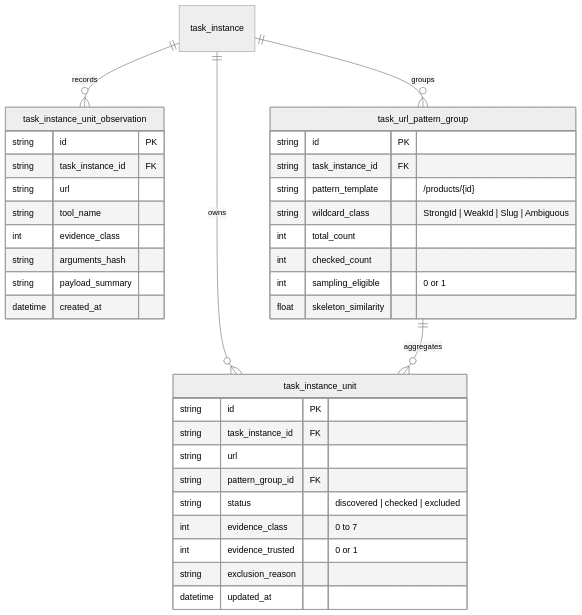
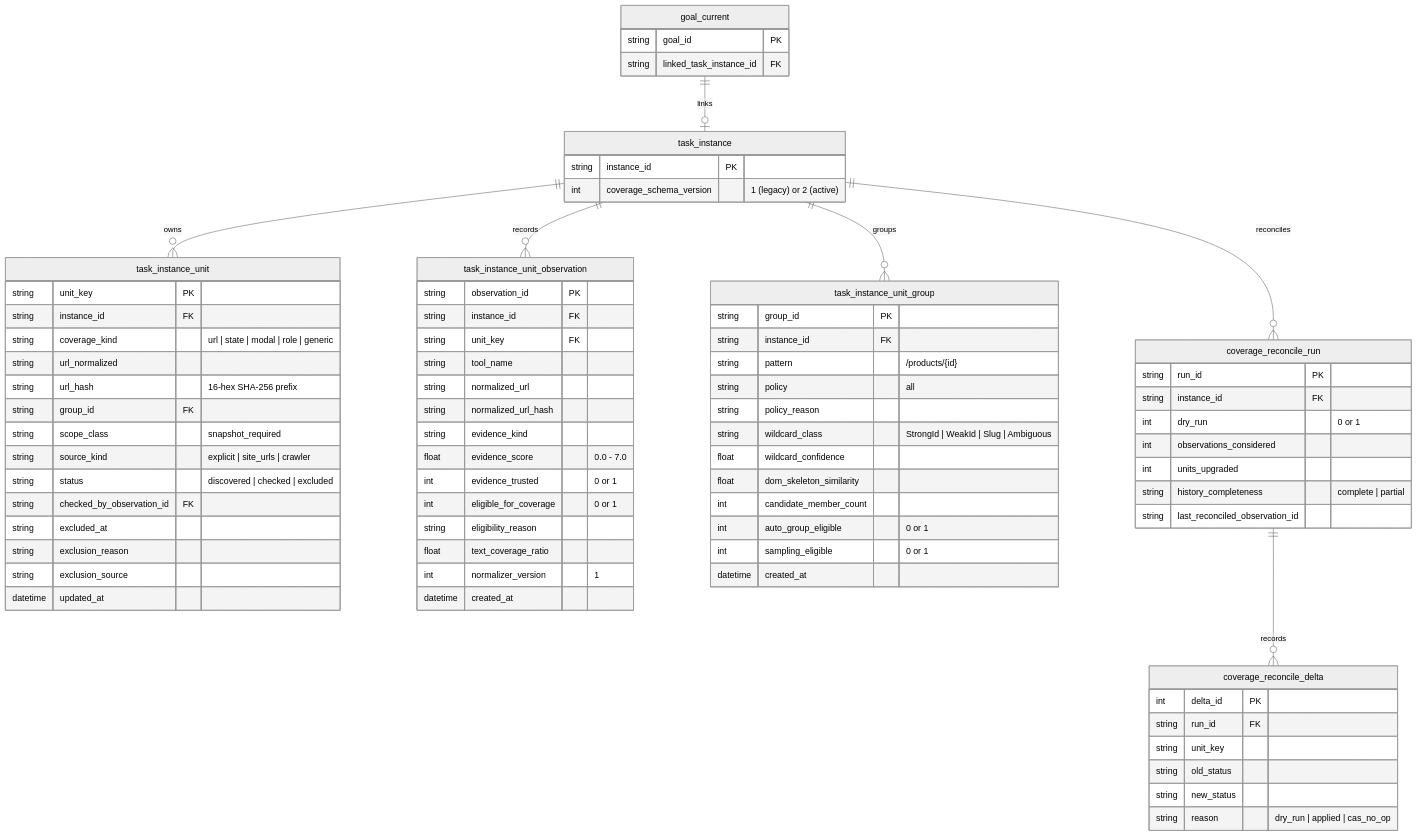
Before and after one commit to joelaniol/nova: the third of 3 diagrams in docs/core-features/learning/task-url-coverage-tuc/README.md, drawn with Mermaid (neutral theme). The commit also changed other lines of this file and 9 other files, not shown here.

Commit message:
docs: fix LCJ formulas and LCJ/TOB diagrams

````diff
--- a/docs/core-features/learning/task-url-coverage-tuc/README.md
+++ b/docs/core-features/learning/task-url-coverage-tuc/README.md
@@ -204,40 +237,86 @@
 erDiagram
     task_instance ||--o{ task_instance_unit : "owns"
     task_instance ||--o{ task_instance_unit_observation : "records"
-    task_instance ||--o{ task_url_pattern_group : "groups"
-    task_url_pattern_group ||--o{ task_instance_unit : "aggregates"
+    task_instance ||--o{ task_instance_unit_group : "groups"
+    task_instance ||--o{ coverage_reconcile_run : "reconciles"
+    coverage_reconcile_run ||--o{ coverage_reconcile_delta : "records"
+    goal_current ||--o| task_instance : "links"
+
+    task_instance {
+        string instance_id PK
+        int coverage_schema_version "1 (legacy) or 2 (active)"
+    }
+
+    goal_current {
+        string goal_id PK
+        string linked_task_instance_id FK
+    }
 
     task_instance_unit {
-        string id PK
-        string task_instance_id FK
-        string url
-        string pattern_group_id FK
+        string unit_key PK
+        string instance_id FK
+        string coverage_kind "url | state | modal | role | generic"
+        string url_normalized
+        string url_hash "16-hex SHA-256 prefix"
+        string group_id FK
+        string scope_class "snapshot_required"
+        string source_kind "explicit | site_urls | crawler"
         string status "discovered | checked | excluded"
-        int evidence_class "0 to 7"
-        int evidence_trusted "0 or 1"
+        string checked_by_observation_id FK
+        string excluded_at
         string exclusion_reason
+        string exclusion_source
         datetime updated_at
     }
 
     task_instance_unit_observation {
-        string id PK
-        string task_instance_id FK
-        string url
+        string observation_id PK
+        string instance_id FK
+        string unit_key FK
         string tool_name
-        int evidence_class
-        string arguments_hash
-        string payload_summary
+        string normalized_url
+        string normalized_url_hash
+        string evidence_kind
+        float evidence_score "0.0 - 7.0"
+        int evidence_trusted "0 or 1"
+        int eligible_for_coverage "0 or 1"
+        string eligibility_reason
+        float text_coverage_ratio
+        int normalizer_version "1"
         datetime created_at
     }
 
-    task_url_pattern_group {
-        string id PK
-        string task_instance_id FK
-        string pattern_template "/products/{id}"
+    task_instance_unit_group {
+        string group_id PK
+        string instance_id FK
+        string pattern "/products/{id}"
+        string policy "all"
+        string policy_reason
         string wildcard_class "StrongId | WeakId | Slug | Ambiguous"
-        int total_count
-        int checked_count
+        float wildcard_confidence
+        float dom_skeleton_similarity
+        int candidate_member_count
+        int auto_group_eligible "0 or 1"
         int sampling_eligible "0 or 1"
-        float skeleton_similarity
+        datetime created_at
+    }
+
+    coverage_reconcile_run {
+        string run_id PK
+        string instance_id FK
+        int dry_run "0 or 1"
+        int observations_considered
+        int units_upgraded
+        string history_completeness "complete | partial"
+        string last_reconciled_observation_id
+    }
+
+    coverage_reconcile_delta {
+        int delta_id PK
+        string run_id FK
+        string unit_key
+        string old_status
+        string new_status
+        string reason "dry_run | applied | cas_no_op"
     }
 ```
````
